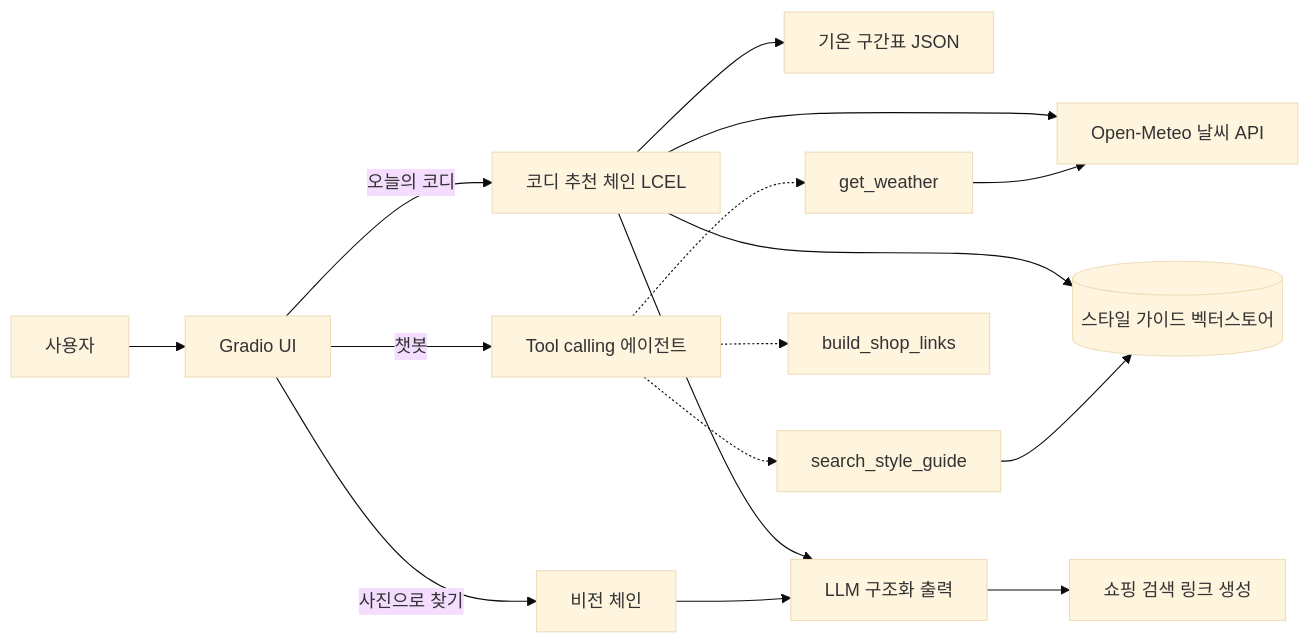
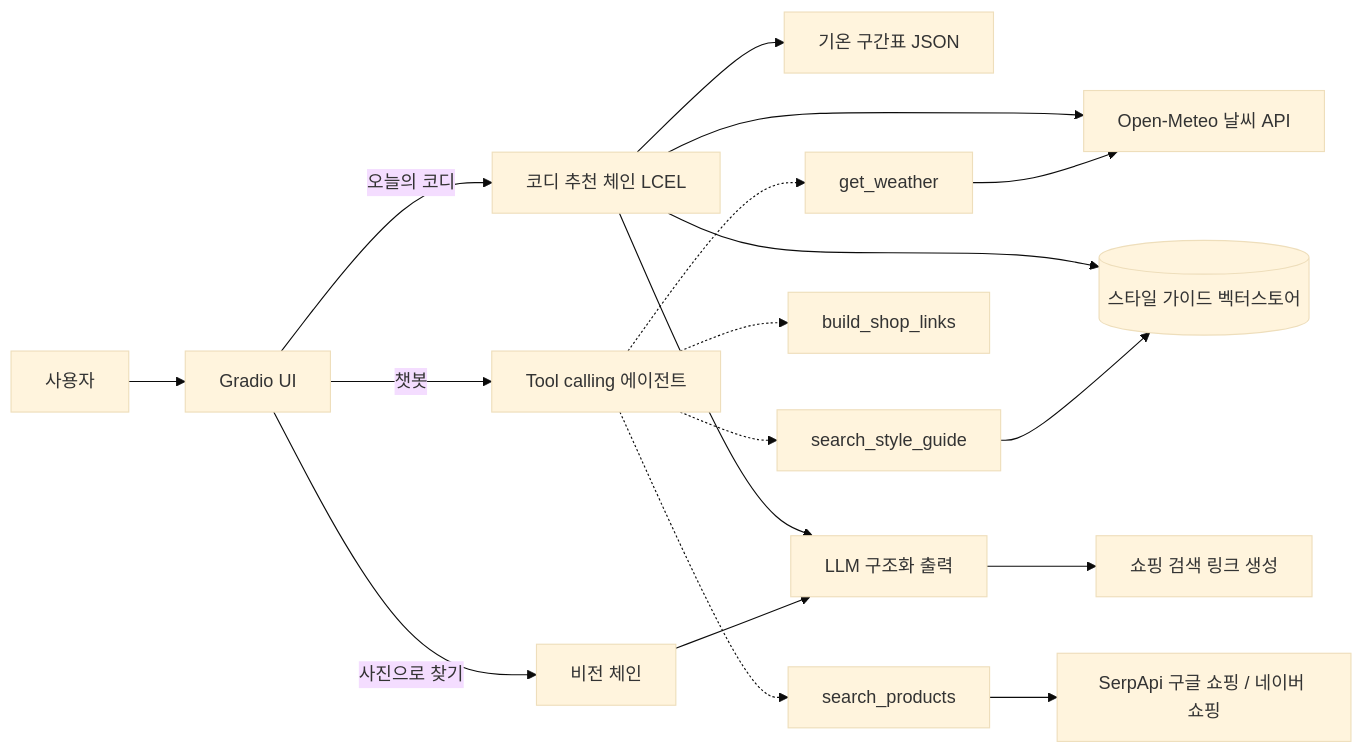
The diagram in README.md (boboinhaco/Fitcast_OOTD), drawn with Mermaid (base theme) before and after one commit. The commit also changed other lines of this file and 199 other files, not shown here.

````diff
--- a/README.md
+++ b/README.md
@@ -76,21 +79,23 @@
 ```mermaid
 flowchart LR
     U[사용자] --> UI[Gradio UI]
 
     UI -->|오늘의 코디| OC[코디 추천 체인 LCEL]
     OC --> W[Open-Meteo 날씨 API]
     OC --> TG[기온 구간표 JSON]
     OC --> VS[(스타일 가이드 벡터스토어)]
     OC --> LLM[LLM 구조화 출력]
     LLM --> SL[쇼핑 검색 링크 생성]
 
     UI -->|챗봇| AG[Tool calling 에이전트]
     AG -.-> T1[get_weather]
     AG -.-> T2[search_style_guide]
     AG -.-> T3[build_shop_links]
+    AG -.-> T4[search_products]
+    T4 --> NV[SerpApi 구글 쇼핑 / 네이버 쇼핑]
     T1 --> W
     T2 --> VS
 
     UI -->|사진으로 찾기| VC[비전 체인]
     VC --> LLM
 ```
````
